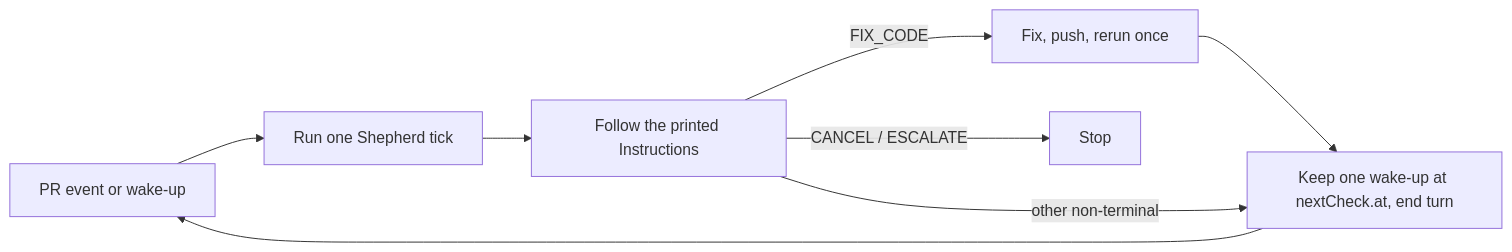
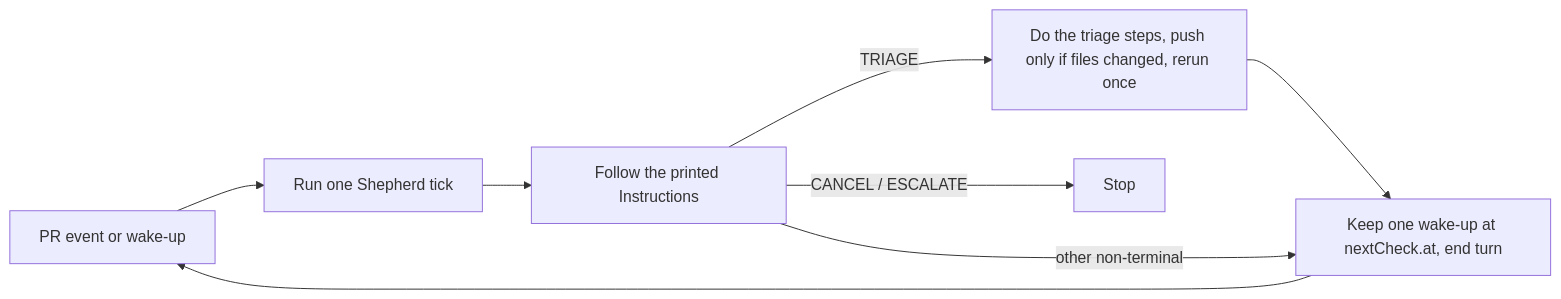
One commit to jonathanong/pr-shepherd changed the diagram in docs/cloud.md. Above: the diagram before and after it, drawn with Mermaid. The commit also changed other lines of this file and 1043 other files, not shown here.

First line of the commit message:
refactor!: rename fix_code action to triage (#609)

````diff
--- a/docs/cloud.md
+++ b/docs/cloud.md
@@ -9,9 +9,9 @@
 ```mermaid
 flowchart LR
   W[PR event or wake-up] --> T[Run one Shepherd tick]
   T --> I[Follow the printed Instructions]
-  I -->|FIX_CODE| F[Fix, push, rerun once] --> E
+  I -->|TRIAGE| F[Do the triage steps, push only if files changed, rerun once] --> E
   I -->|other non-terminal| E[Keep one wake-up at nextCheck.at, end turn]
   I -->|CANCEL / ESCALATE| X[Stop]
   E --> W
 ```
````
